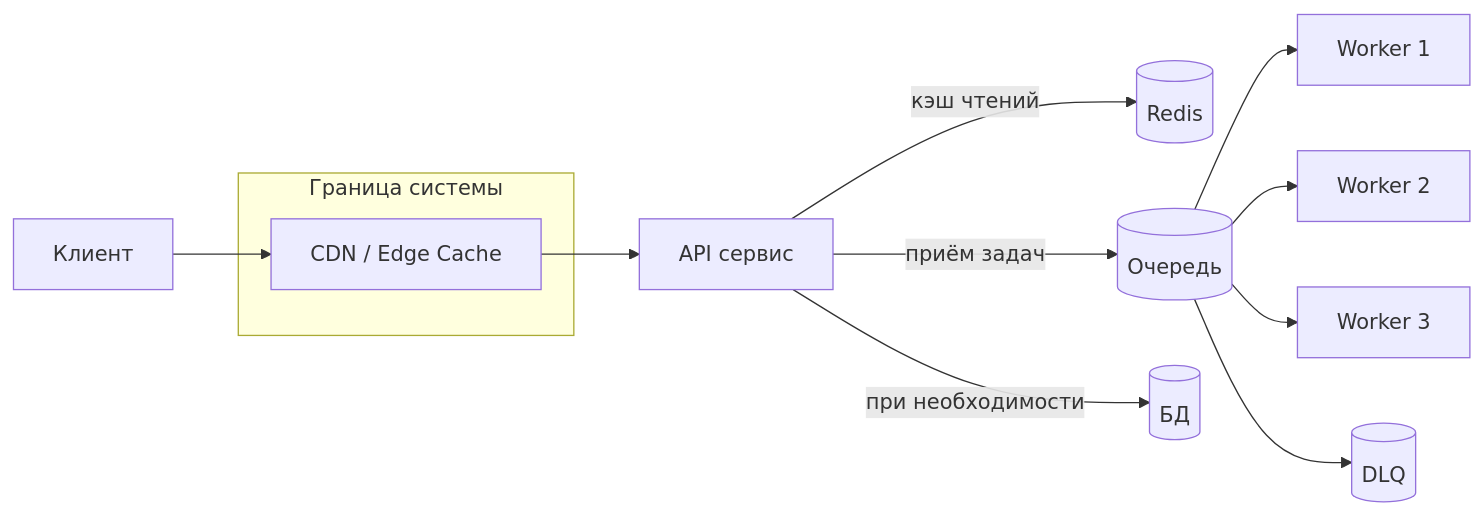
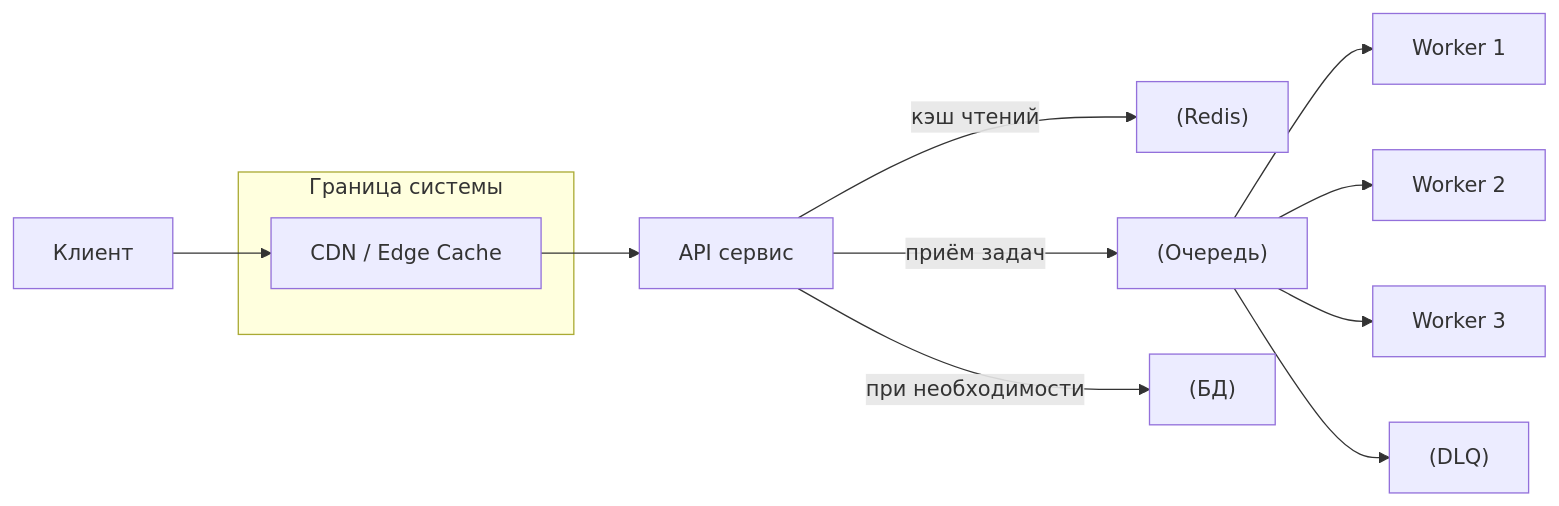
Before and after one commit to DDoSKudya/ai-study-atlas: the third of 3 diagrams in directions/architecture/pact/19_backend_masshtabirovanie_i_ustoychivost_balansirovka_kesh_ocheredi_resilience/02_19_2_kesh_kak_instrument_masshtabirovaniya_ocheredi_i_sglazhivanie_pikov.md, drawn with Mermaid. The commit also changed other lines of this file and 322 other files, not shown here.

Commit message:
fix(docs): make mermaid diagrams GitHub-compatible across directions content

````diff
--- a/directions/architecture/pact/19_backend_masshtabirovanie_i_ustoychivost_balansirovka_kesh_ocheredi_resilience/02_19_2_kesh_kak_instrument_masshtabirovaniya_ocheredi_i_sglazhivanie_pikov.md
+++ b/directions/architecture/pact/19_backend_masshtabirovanie_i_ustoychivost_balansirovka_kesh_ocheredi_resilience/02_19_2_kesh_kak_instrument_masshtabirovaniya_ocheredi_i_sglazhivanie_pikov.md
@@ -206,18 +206,18 @@
 ```mermaid
 flowchart LR
   subgraph Ingress["Граница системы"]
-    CDN[CDN / Edge Cache]
+    CDN["CDN / Edge Cache"]
   end
 
-  Client[Клиент] --> CDN
-  CDN --> API[API сервис]
-  API -->|кэш чтений| Redis[(Redis)]
-  API -->|приём задач| Queue[(Очередь)]
-  API -->|при необходимости| DB[(БД)]
+  Client["Клиент"] --> CDN
+  CDN --> API["API сервис"]
+  API -->|кэш чтений| Redis["(Redis)"]
+  API -->|приём задач| Queue["(Очередь)"]
+  API -->|при необходимости| DB["(БД)"]
 
-  Queue --> W1[Worker 1]
-  Queue --> W2[Worker 2]
-  Queue --> W3[Worker 3]
+  Queue --> W1["Worker 1"]
+  Queue --> W2["Worker 2"]
+  Queue --> W3["Worker 3"]
 
-  Queue --> DLQ[(DLQ)]
+  Queue --> DLQ["(DLQ)"]
 ```
````
